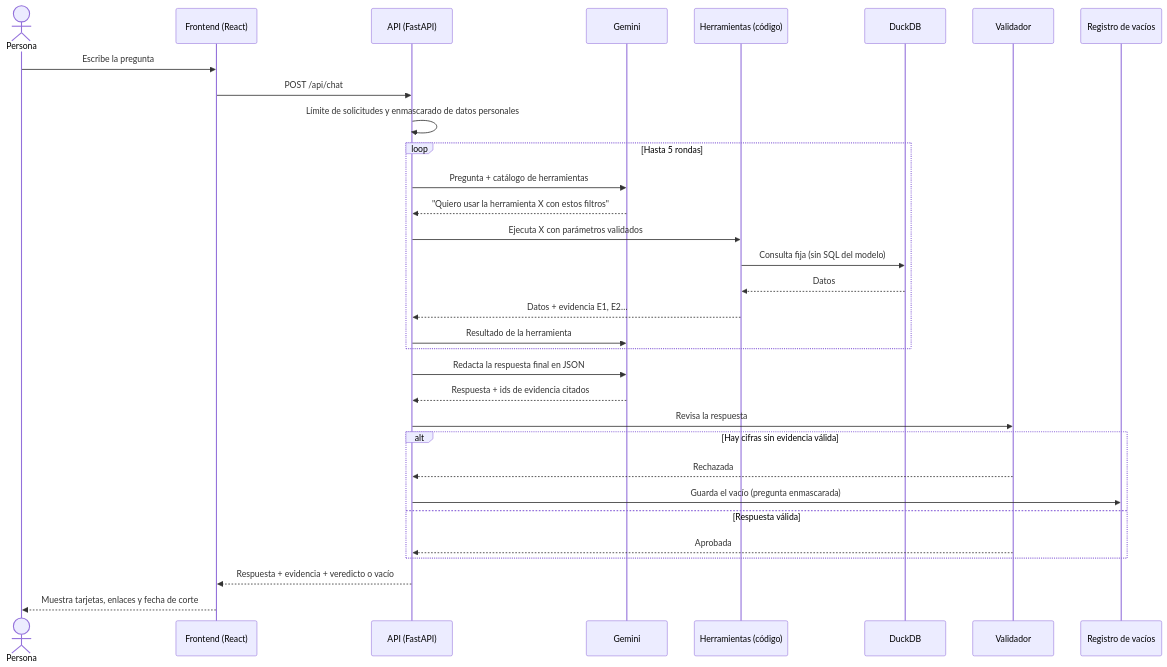
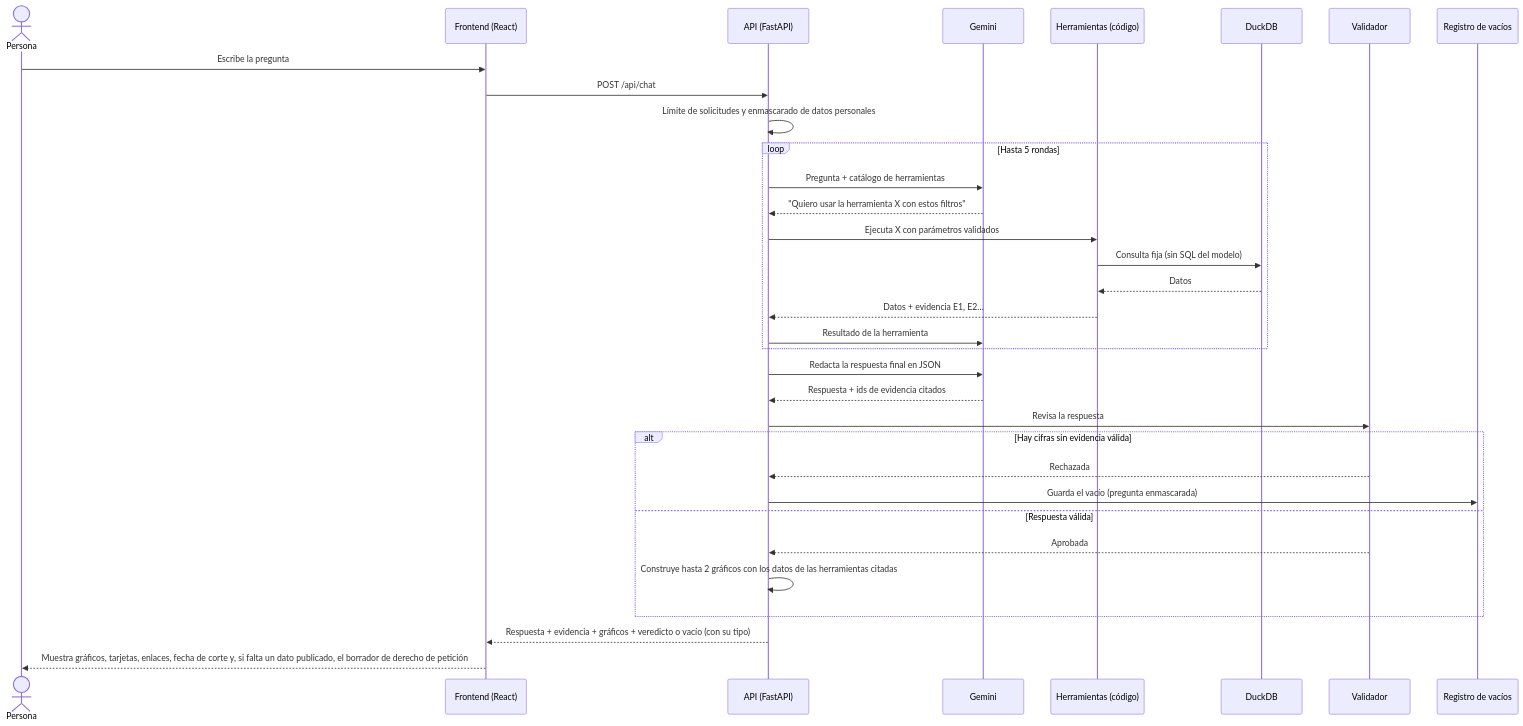
Before and after one commit to Queruubin/Datos-IA: the diagram in docs/FLUJO_PREGUNTA_RESPUESTA.md, drawn with Mermaid. The commit also changed other lines of this file and 14 other files, not shown here.

First line of the commit message:
feat(backend): build answer charts in code and flag missing data

````diff
--- a/docs/FLUJO_PREGUNTA_RESPUESTA.md
+++ b/docs/FLUJO_PREGUNTA_RESPUESTA.md
@@ -32,35 +32,36 @@
 ```mermaid
 sequenceDiagram
     actor P as Persona
     participant F as Frontend (React)
     participant A as API (FastAPI)
     participant G as Gemini
     participant H as Herramientas (código)
     participant D as DuckDB
     participant V as Validador
     participant R as Registro de vacíos
 
     P->>F: Escribe la pregunta
     F->>A: POST /api/chat
     A->>A: Límite de solicitudes y enmascarado de datos personales
     loop Hasta 5 rondas
         A->>G: Pregunta + catálogo de herramientas
         G-->>A: "Quiero usar la herramienta X con estos filtros"
         A->>H: Ejecuta X con parámetros validados
         H->>D: Consulta fija (sin SQL del modelo)
         D-->>H: Datos
         H-->>A: Datos + evidencia E1, E2…
         A->>G: Resultado de la herramienta
     end
     A->>G: Redacta la respuesta final en JSON
     G-->>A: Respuesta + ids de evidencia citados
     A->>V: Revisa la respuesta
     alt Hay cifras sin evidencia válida
         V-->>A: Rechazada
         A->>R: Guarda el vacío (pregunta enmascarada)
     else Respuesta válida
         V-->>A: Aprobada
+        A->>A: Construye hasta 2 gráficos con los datos de las herramientas citadas
     end
-    A-->>F: Respuesta + evidencia + veredicto o vacío
-    F-->>P: Muestra tarjetas, enlaces y fecha de corte
+    A-->>F: Respuesta + evidencia + gráficos + veredicto o vacío (con su tipo)
+    F-->>P: Muestra gráficos, tarjetas, enlaces, fecha de corte y, si falta un dato publicado, el borrador de derecho de petición
 ```
````
